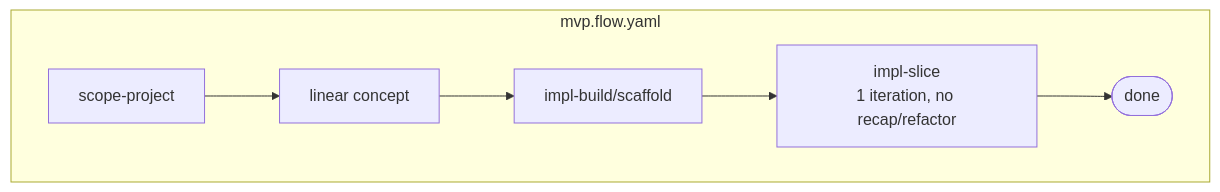
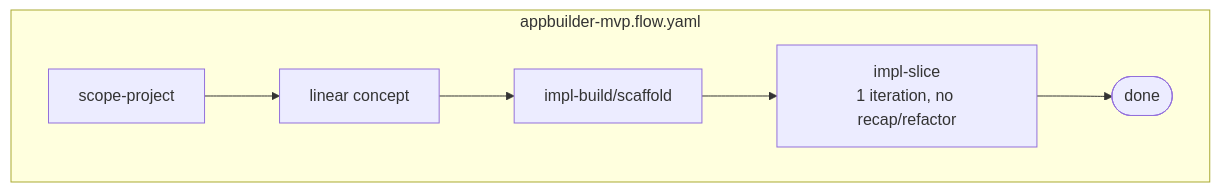
Before and after one commit to skaile-ai/ai-assets-skaileup: the first of 4 diagrams in docs/src/content/docs/intro/flows-and-bundles.mdx, drawn with Mermaid. The commit also changed other lines of this file and 111 other files, not shown here.

First line of the commit message:
feat(flows): add impl-only flows + rename tiers to appbuilder-*

````diff
--- a/docs/src/content/docs/intro/flows-and-bundles.mdx
+++ b/docs/src/content/docs/intro/flows-and-bundles.mdx
@@ -82,7 +82,7 @@
 ```mermaid
 flowchart LR
-  subgraph mvp["mvp.flow.yaml"]
+  subgraph appbuilder-mvp["appbuilder-mvp.flow.yaml"]
     direction LR
     m1[scope-project] --> m2[linear concept] --> m3[impl-build/scaffold] --> m4["impl-slice<br/>1 iteration, no recap/refactor"] --> m5([done])
   end
 ```
````
